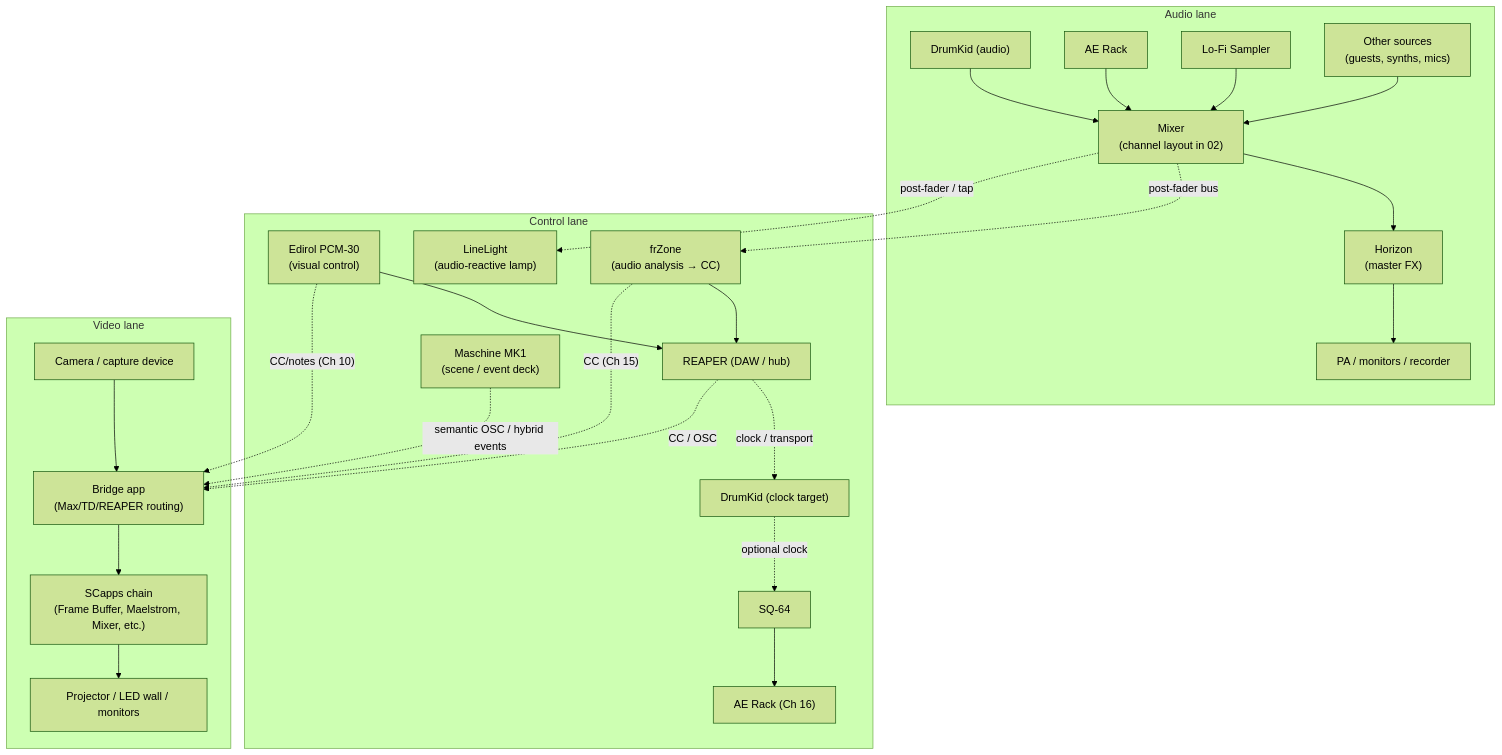
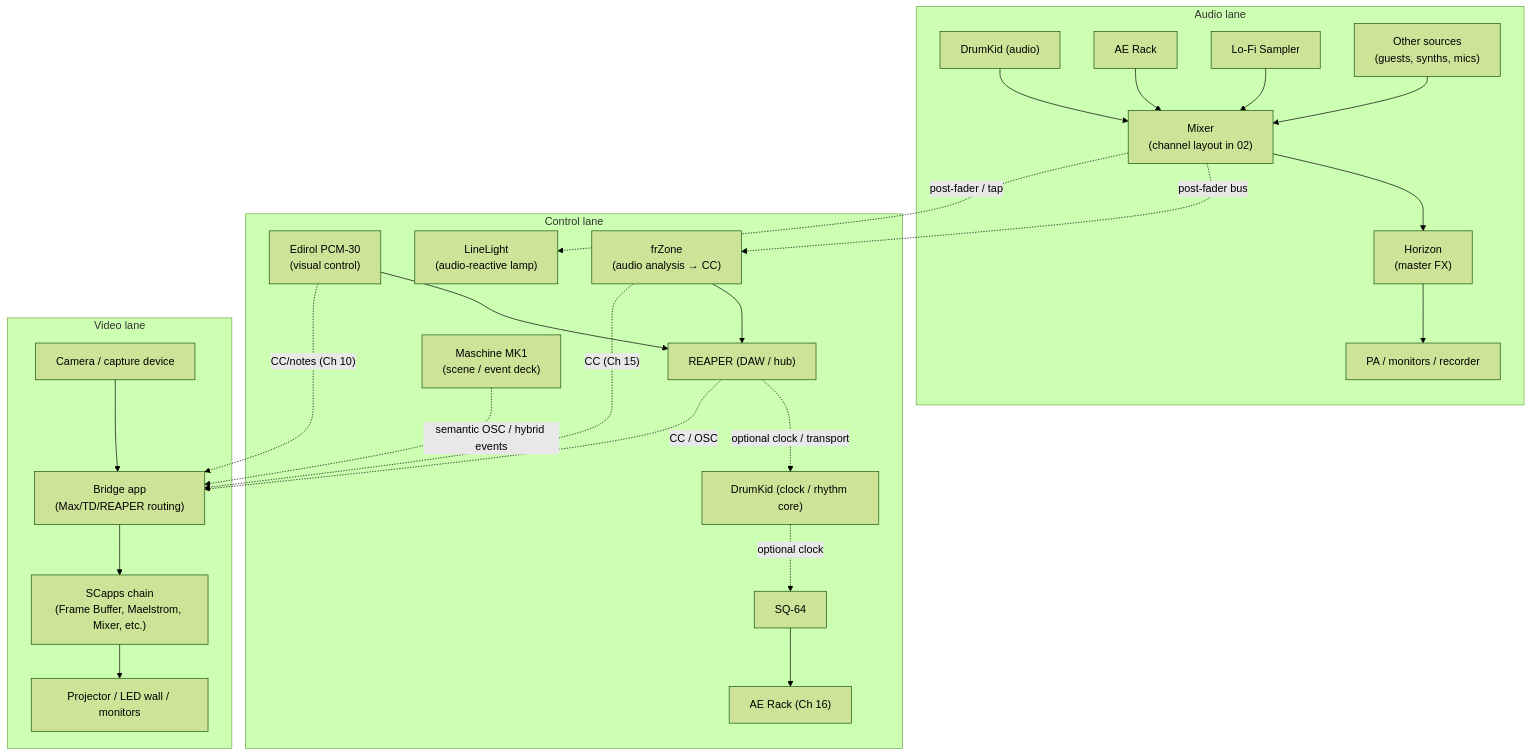
The diagram in 01_system-overview.md (bseverns/live-rig), drawn with Mermaid (forest theme) before and after one commit. The commit also changed other lines of this file and 4 other files, not shown here.

````diff
--- a/01_system-overview.md
+++ b/01_system-overview.md
@@ -29,54 +29,54 @@
 ```mermaid
 flowchart TB
     subgraph Audio["Audio lane"]
         DrumKidAudio["DrumKid (audio)"]
         AERack["AE Rack"]
         LoFiSampler["Lo-Fi Sampler"]
         OtherSources["Other sources<br/>(guests, synths, mics)"]
         Mixer["Mixer<br/>(channel layout in 02)"]
         Horizon["Horizon<br/>(master FX)"]
         PA["PA / monitors / recorder"]
 
         DrumKidAudio --> Mixer
         AERack --> Mixer
         LoFiSampler --> Mixer
         OtherSources --> Mixer
         Mixer --> Horizon --> PA
     end
 
     subgraph Control["Control lane"]
         Reaper["REAPER (DAW / hub)"]
-        DrumKidCtrl["DrumKid (clock target)"]
+        DrumKidCtrl["DrumKid (clock / rhythm core)"]
         SQ64["SQ-64"]
         AERackCtrl["AE Rack (Ch 16)"]
         Edirol["Edirol PCM-30<br/>(visual control)"]
         Maschine["Maschine MK1<br/>(scene / event deck)"]
         frZone["frZone<br/>(audio analysis → CC)"]
         LineLight["LineLight<br/>(audio-reactive lamp)"]
 
-        Reaper -. clock / transport .-> DrumKidCtrl
+        Reaper -. optional clock / transport .-> DrumKidCtrl
         DrumKidCtrl -. optional clock .-> SQ64
         SQ64 --> AERackCtrl
 
         Mixer -. post-fader bus .-> frZone
         Mixer -. post-fader / tap .-> LineLight
 
         Edirol --> Reaper
         frZone --> Reaper
     end
 
     subgraph Video["Video lane"]
         Camera["Camera / capture device"]
         Bridge["Bridge app<br/>(Max/TD/REAPER routing)"]
         SCapps["SCapps chain<br/>(Frame Buffer, Maelstrom, Mixer, etc.)"]
         Screens["Projector / LED wall / monitors"]
 
         Camera --> Bridge --> SCapps --> Screens
     end
 
     %% Cross-lane connections
     Reaper -. CC / OSC .-> Bridge
     frZone -. CC (Ch 15) .-> Bridge
     Edirol -. CC/notes (Ch 10) .-> Bridge
     Maschine -. semantic OSC / hybrid events .-> Bridge
 ```
````
